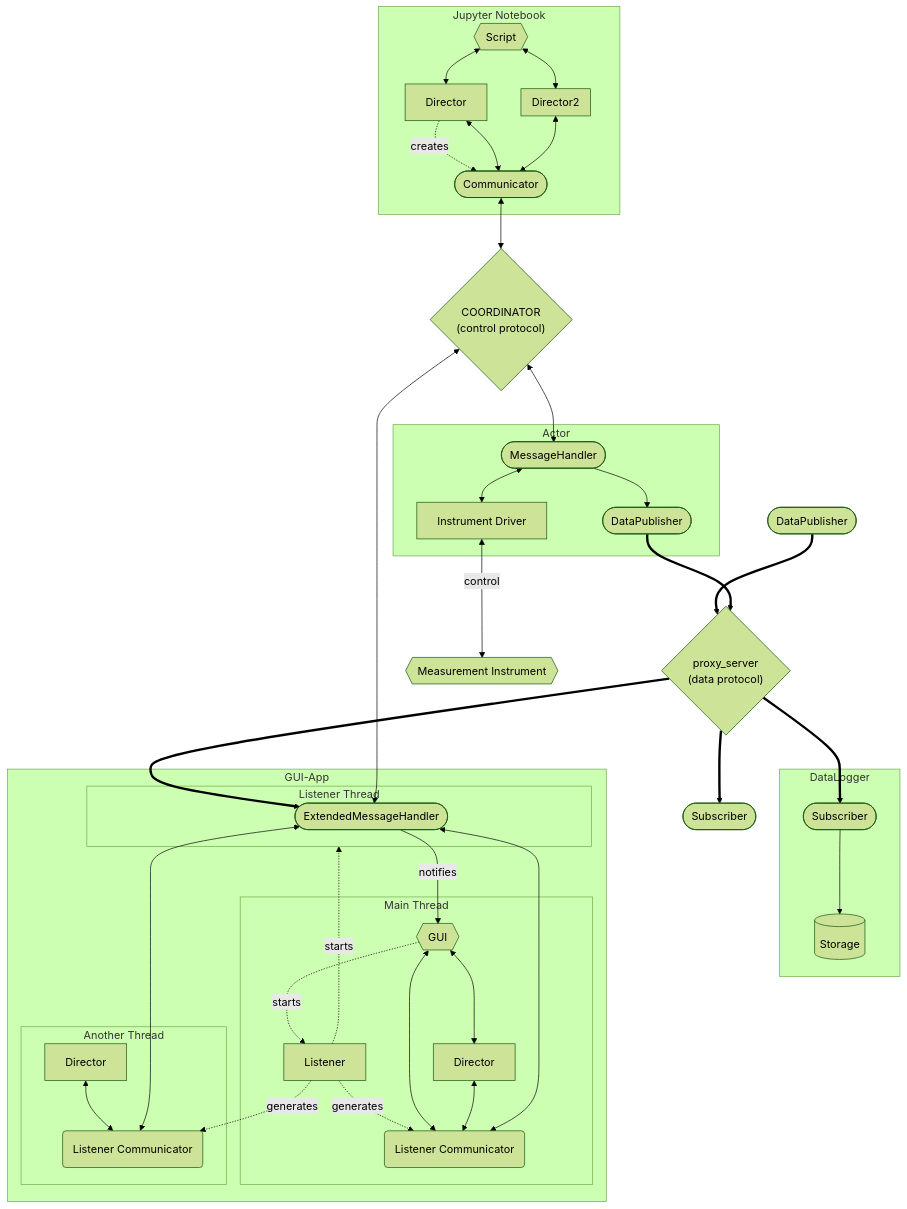
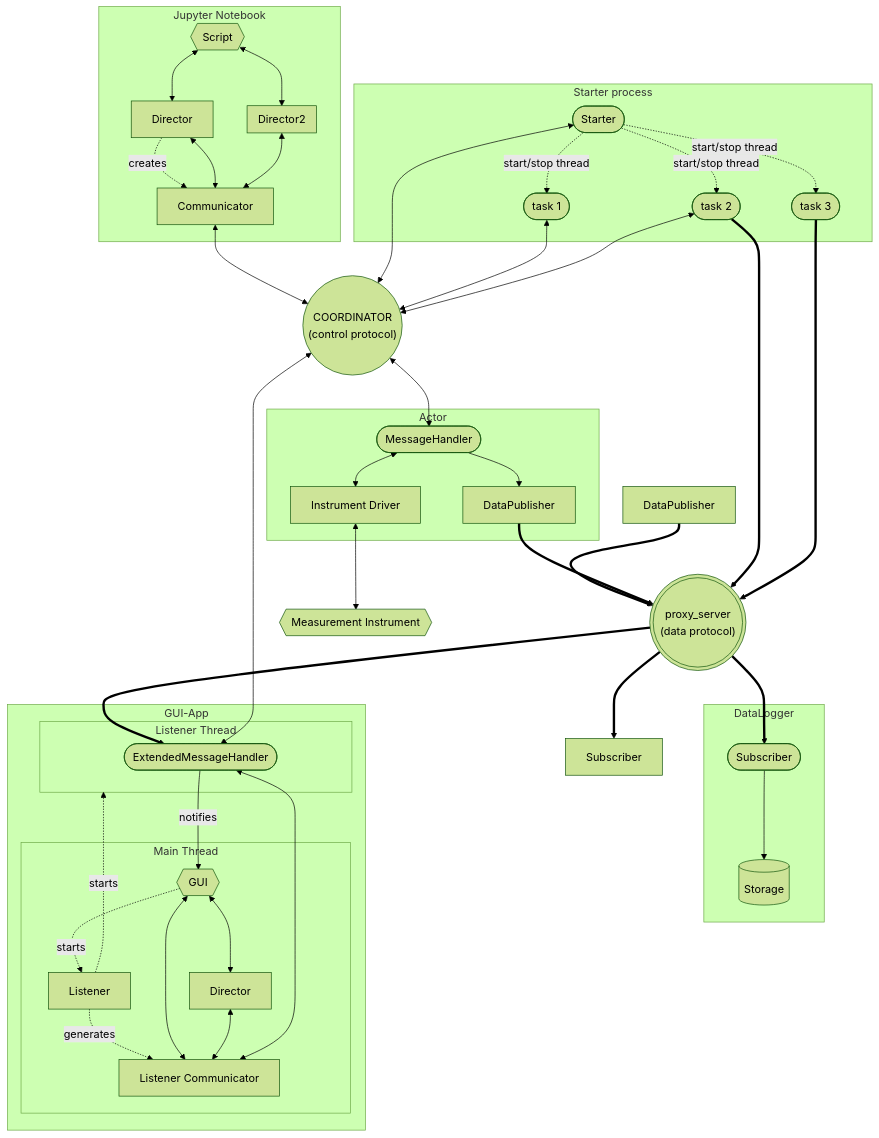
Before and after one commit to pymeasure/pyleco: the third of 3 diagrams in GETTING_STARTED.md, drawn with Mermaid (forest theme). The commit also changed other lines of this file and 1 other file, not shown here.

Commit message:
Rework getting started with flow charts.

````diff
--- a/GETTING_STARTED.md
+++ b/GETTING_STARTED.md
@@ -273,63 +370,73 @@
 ```mermaid
 flowchart TD
-    COM2 <--> C{"COORDINATOR
-    (control protocol)"}
+    COM2 <--> C(("COORDINATOR
+    (control protocol)"))
 
-    PUB([DataPublisher]) ==> Proxy
-    Proxy{"proxy_server
-    (data protocol)"} ==> SUB([Subscriber])
+    PUB[DataPublisher] ==> Proxy
+    Proxy((("proxy_server
+    (data protocol)"))) ==> SUB[Subscriber]
     Proxy ==>SUBD
 
     subgraph DataLogger
         SUBD([Subscriber])-->STO[(Storage)]
     end
 
 
     subgraph Jupyter Notebook
         Script <--> Director
-        Director -.->|creates|COM2([Communicator])
+        Director -.->|creates|COM2[Communicator]
         Director <-->COM2
         Script{{Script}} <--> Director2 <--> COM2
         COM2
         subgraph Director2
         end
     end
 
 
     subgraph "`Actor`"
         MessageHandler([MessageHandler]) <--> InstrumentDriver[Instrument Driver]
-        MessageHandler --> PUB2([DataPublisher])
+        MessageHandler --> PUB2[DataPublisher]
     end
     C <--> MessageHandler
-    InstrumentDriver <--> |control|Instrument{{Measurement Instrument}}
+    InstrumentDriver <--> Instrument{{Measurement Instrument}}
     PUB2 ==> Proxy
 
 
     subgraph GUI-App
         subgraph Main Thread
-            Listener-.->|generates|ListenerCOM(Listener Communicator)
+            Listener-.->|generates|ListenerCOM[Listener Communicator]
             GUI{{GUI}}
             Director5
         end
 
         subgraph ListenerThread[Listener Thread]
             ListenerEMH([ExtendedMessageHandler])
         end
 
-        subgraph Another Thread
-            Director6[Director]<-->LC2(Listener Communicator)
-        end
-
-        LC2<-->ListenerEMH
-        Listener-.->|generates|LC2
         Listener-.->|starts|ListenerThread
         ListenerCOM<-->ListenerEMH
         GUI<-->ListenerCOM
         Director5[Director]<-->ListenerCOM
         GUI<-->Director5
         ListenerEMH-->|notifies|GUI
         GUI-.->|starts|Listener
     end
     ListenerEMH <---> C
     Proxy ==> ListenerEMH
+
+    subgraph starter_p[Starter process]
+        starter([Starter])
+        t1([task 1])
+        t2([task 2])
+        t3([task 3])
+        starter -.->|start/stop thread|t1
+        starter -.->|start/stop thread|t2
+        starter -.->|start/stop thread|t3
+    end
+    starter <-->C
+    t1 <--> C
+    t2 <--> C
+    t2 ==> Proxy
+    t3 ==> Proxy
+
 ```
````
